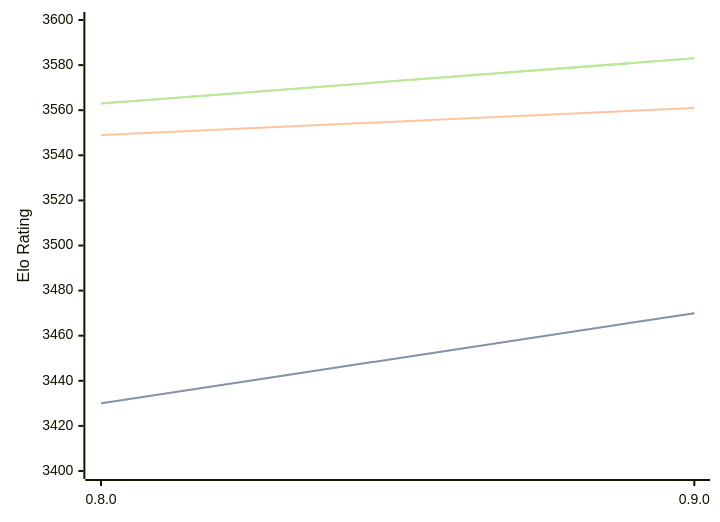
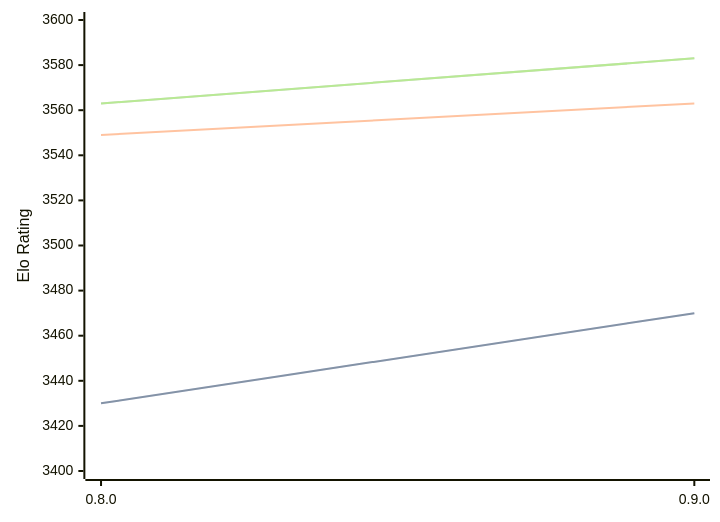
The third of 3 diagrams in engines/Reckless.md (computer-chess-index/cci), drawn with Mermaid before and after one commit. The commit also changed other lines of this file, not shown here.

````diff
--- a/engines/Reckless.md
+++ b/engines/Reckless.md
@@ -72,11 +72,11 @@
 ```mermaid
 %%{init: {"theme":"base","themeVariables":{"seriesColors:['#a3a3a3','#222221','#faa371']}}}%%
 xychart-beta
   x-axis ["0.8.0", "0.9.0"]
   y-axis "Elo Rating" 3400 --> 3600
   line "STC (8.0+0.08s)" [3430, 3470]
   line "STC (8.0+0.08s)" [3430, 3470]
-  line "LTC (60.0+0.60s)" [3549, 3561]
+  line "LTC (60.0+0.60s)" [3549, 3563]
   line "VLTC (2m24s+1.12s)" [3563, 3583]
   line "VLTC (2m24s+1.12s)" [3563, 3583]
 ```
````
